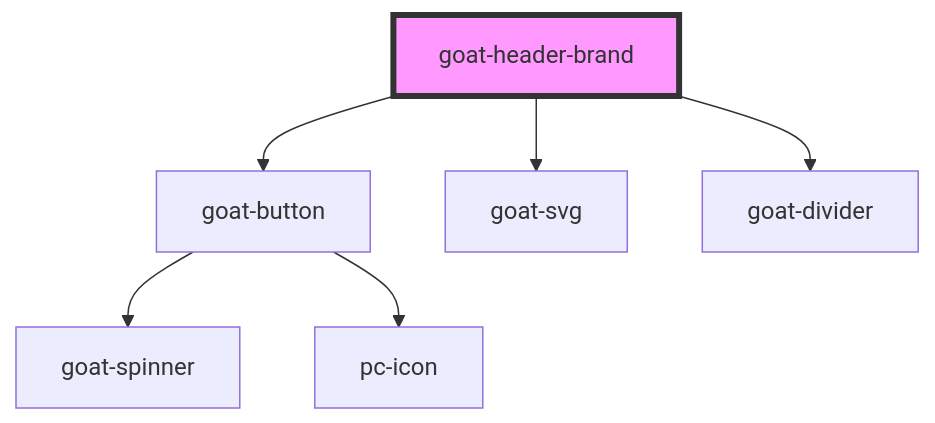
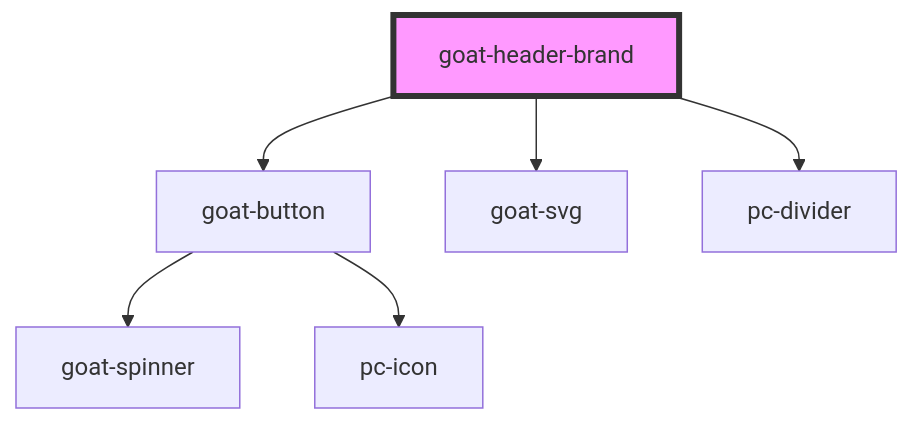
The diagram in src/components/application/header/header-brand/readme.md (redvars/peacock), drawn with Mermaid before and after one commit. The commit also changed other lines of this file and 56 other files, not shown here.

````diff
--- a/src/components/application/header/header-brand/readme.md
+++ b/src/components/application/header/header-brand/readme.md
@@ -46,9 +46,9 @@
 ```mermaid
 graph TD;
   goat-header-brand --> goat-button
   goat-header-brand --> goat-svg
-  goat-header-brand --> goat-divider
+  goat-header-brand --> pc-divider
   goat-button --> goat-spinner
   goat-button --> pc-icon
   style goat-header-brand fill:#f9f,stroke:#333,stroke-width:4px
 ```
````
